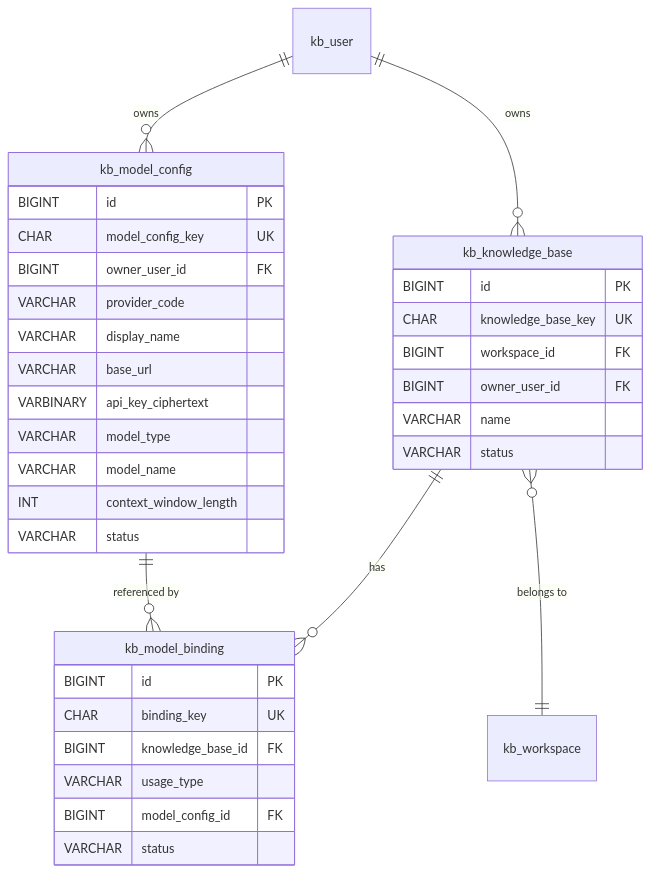
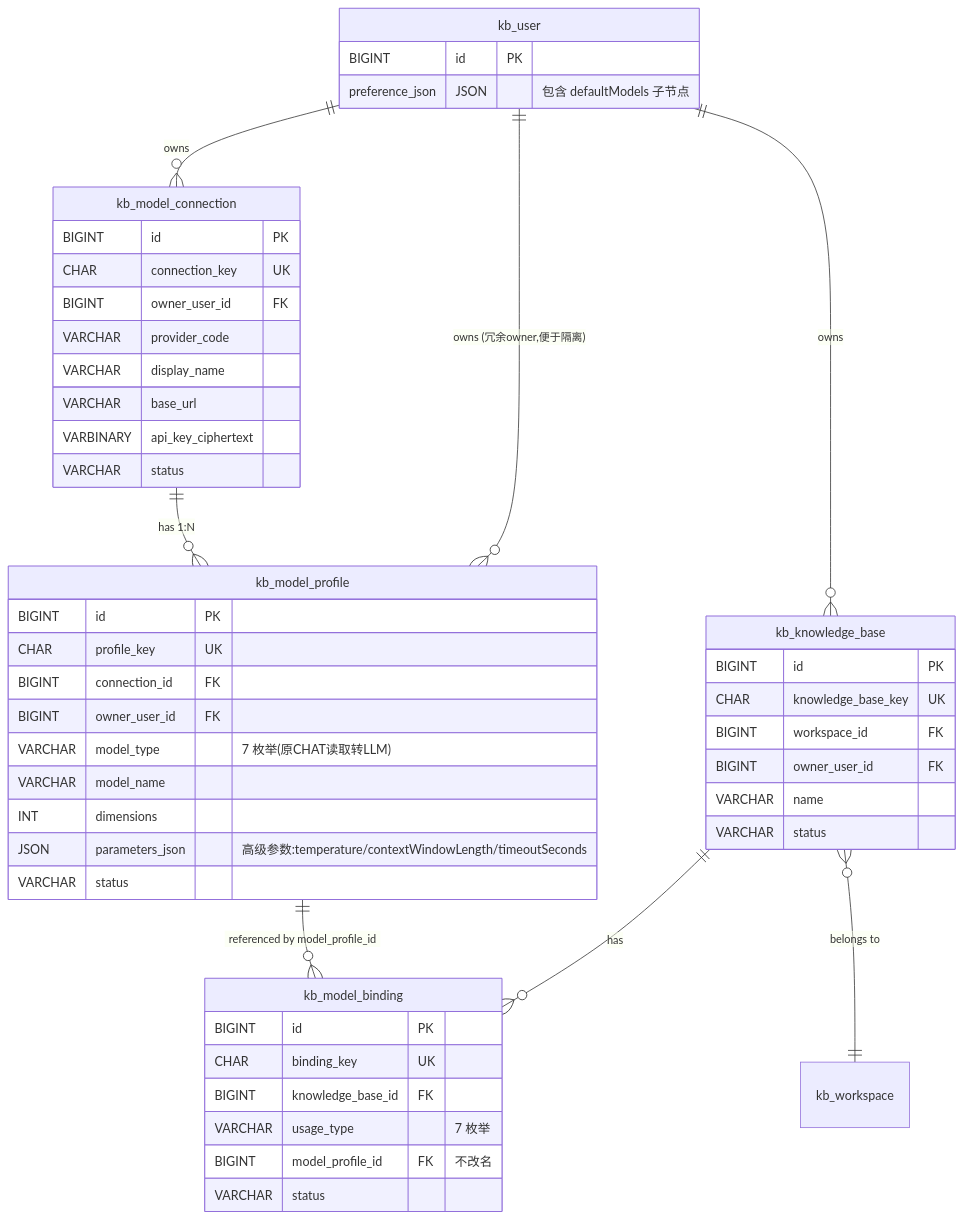
Before and after one commit to nauyiq/fons4ai-rag2okf: the fourth of 7 diagrams in spec/features/20260807/前端交互体系重设计-技术设计说明书.md, drawn with Mermaid. The commit also changed other lines of this file and 86 other files, not shown here.

````diff
--- a/spec/features/20260807/前端交互体系重设计-技术设计说明书.md
+++ b/spec/features/20260807/前端交互体系重设计-技术设计说明书.md
@@ -438,40 +495,51 @@
 ```mermaid
 erDiagram
-  kb_user ||--o{ kb_model_config : "owns"
+  kb_user ||--o{ kb_model_connection : "owns"
+  kb_user ||--o{ kb_model_profile : "owns (冗余owner,便于隔离)"
   kb_user ||--o{ kb_knowledge_base : "owns"
+  kb_model_connection ||--o{ kb_model_profile : "has 1:N"
   kb_knowledge_base ||--o{ kb_model_binding : "has"
-  kb_model_config ||--o{ kb_model_binding : "referenced by"
+  kb_model_profile ||--o{ kb_model_binding : "referenced by model_profile_id"
   kb_knowledge_base }o--|| kb_workspace : "belongs to"
-
-  kb_model_config {
+  kb_user {
     BIGINT id PK
-    CHAR model_config_key UK
+    preference_json JSON "包含 defaultModels 子节点"
+  }
+  kb_model_connection {
+    BIGINT id PK
+    CHAR connection_key UK
     BIGINT owner_user_id FK
     VARCHAR provider_code
     VARCHAR display_name
     VARCHAR base_url
     VARBINARY api_key_ciphertext
-    VARCHAR model_type
-    VARCHAR model_name
-    INT context_window_length
     VARCHAR status
   }
-
+  kb_model_profile {
+    BIGINT id PK
+    CHAR profile_key UK
+    BIGINT connection_id FK
+    BIGINT owner_user_id FK
+    VARCHAR model_type "7 枚举(原CHAT读取转LLM)"
+    VARCHAR model_name
+    INT dimensions
+    JSON parameters_json "高级参数:temperature/contextWindowLength/timeoutSeconds"
+    VARCHAR status
+  }
   kb_model_binding {
     BIGINT id PK
     CHAR binding_key UK
     BIGINT knowledge_base_id FK
-    VARCHAR usage_type
-    BIGINT model_config_id FK
+    VARCHAR usage_type "7 枚举"
+    BIGINT model_profile_id FK "不改名"
     VARCHAR status
   }
-
   kb_knowledge_base {
     BIGINT id PK
     CHAR knowledge_base_key UK
     BIGINT workspace_id FK
     BIGINT owner_user_id FK
     VARCHAR name
     VARCHAR status
   }
 ```
````
